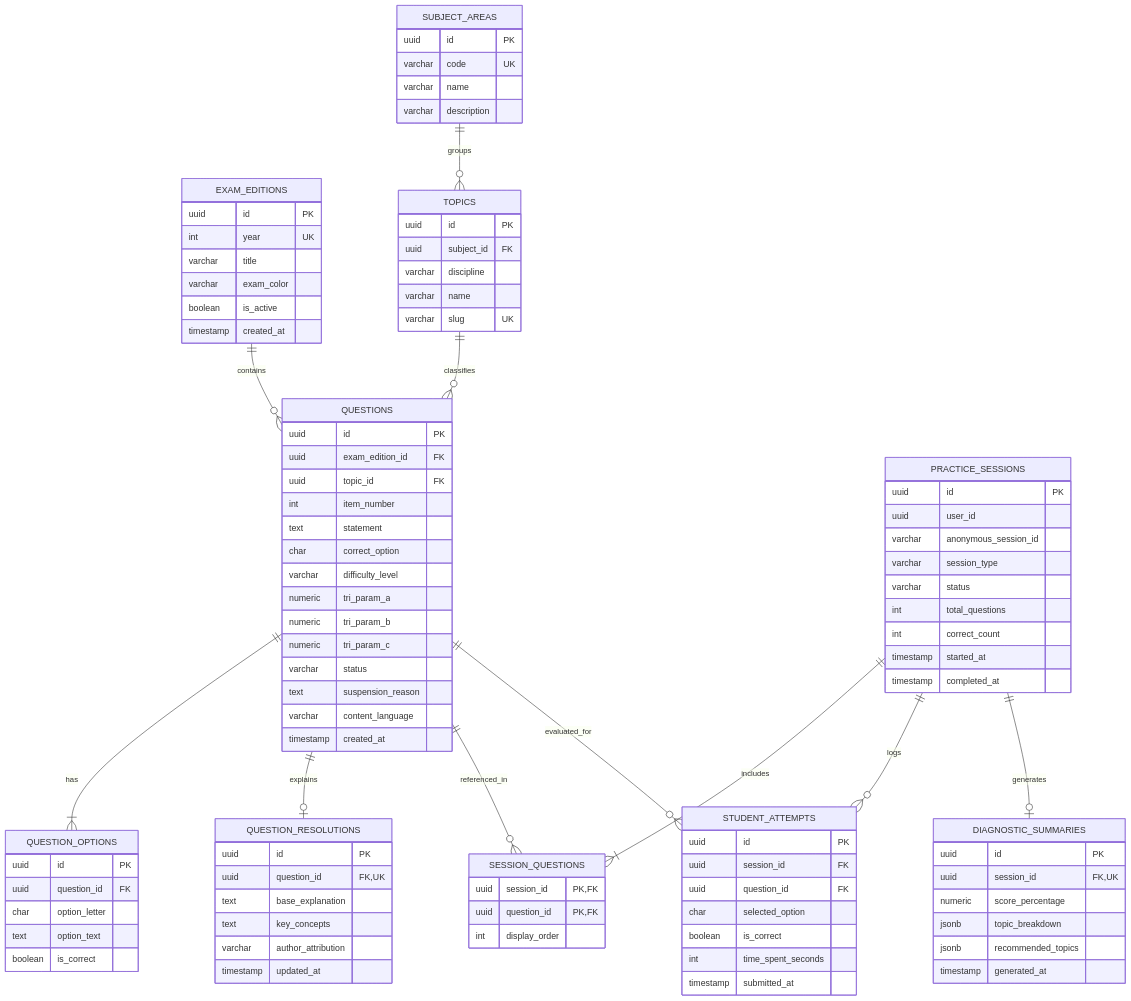
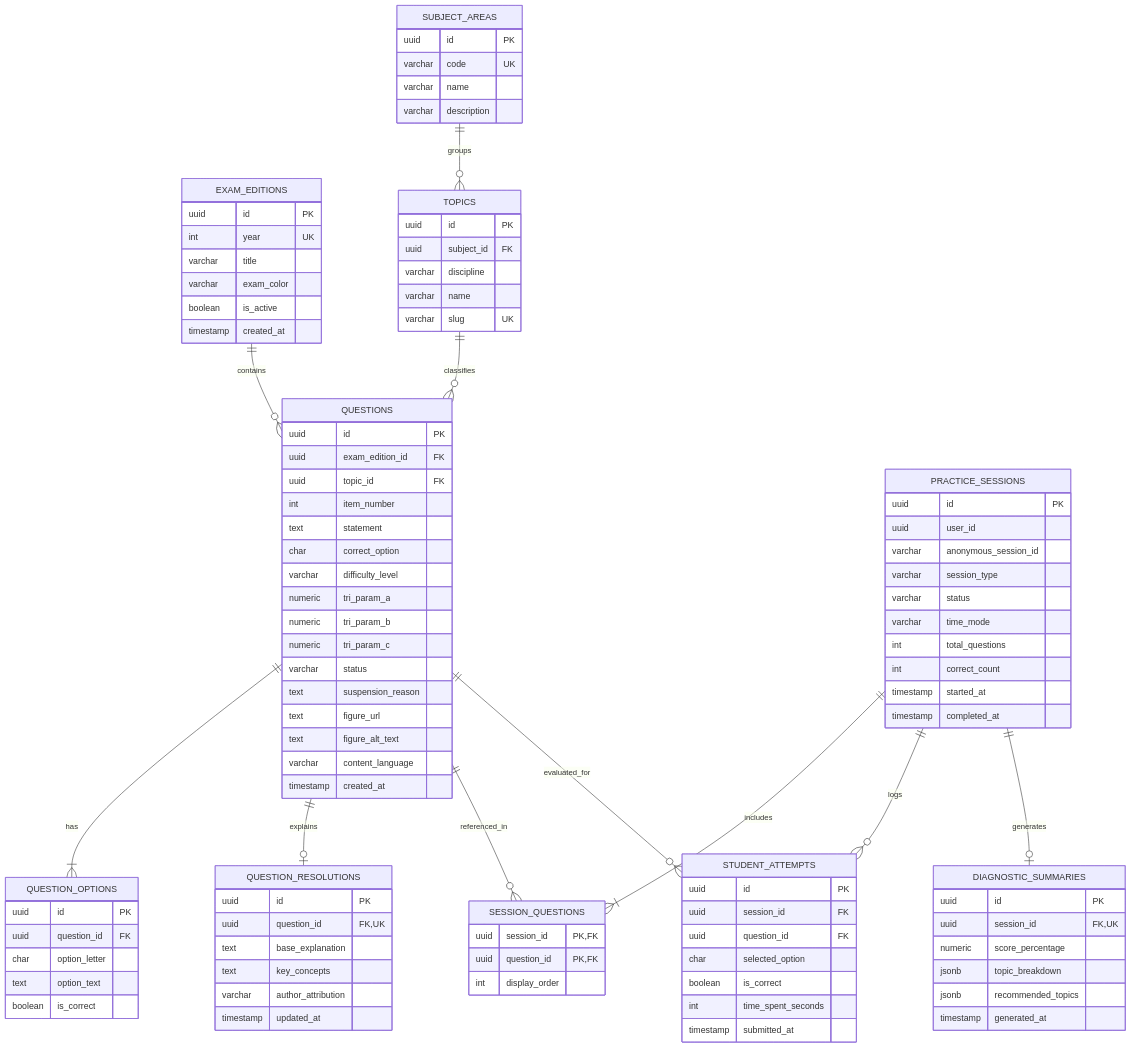
The third of 7 diagrams in docs/specifications/04-data-modeling.md (Veras-D/AprovaENEM), drawn with Mermaid before and after one commit. The commit also changed other lines of this file and 5 other files, not shown here.

```diff
--- a/docs/specifications/04-data-modeling.md
+++ b/docs/specifications/04-data-modeling.md
@@ -258,6 +258,8 @@
         numeric tri_param_c
         varchar status
         text suspension_reason
+        text figure_url
+        text figure_alt_text
         varchar content_language
         timestamp created_at
     }
@@ -285,6 +287,7 @@
         varchar anonymous_session_id
         varchar session_type
         varchar status
+        varchar time_mode
         int total_questions
         int correct_count
         timestamp started_at
```
